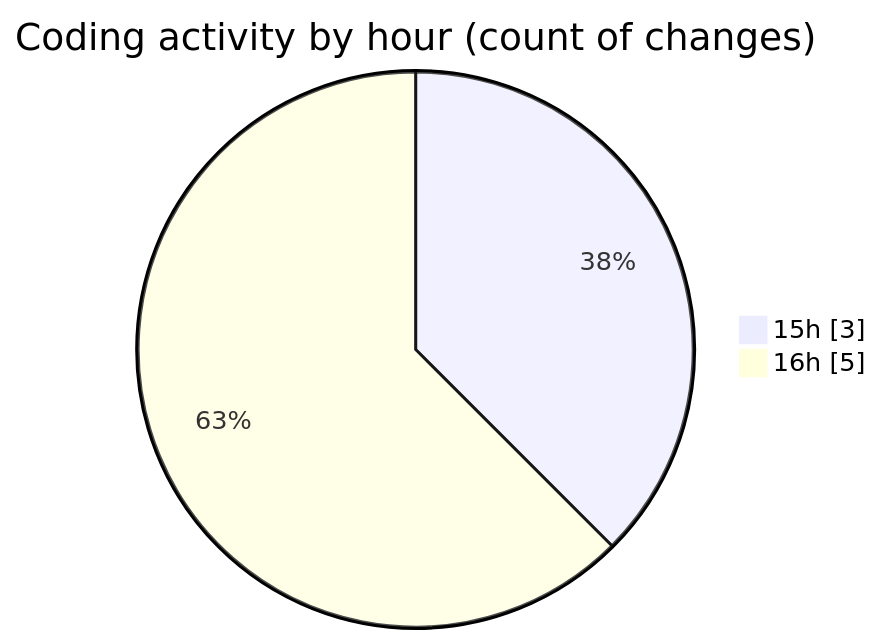
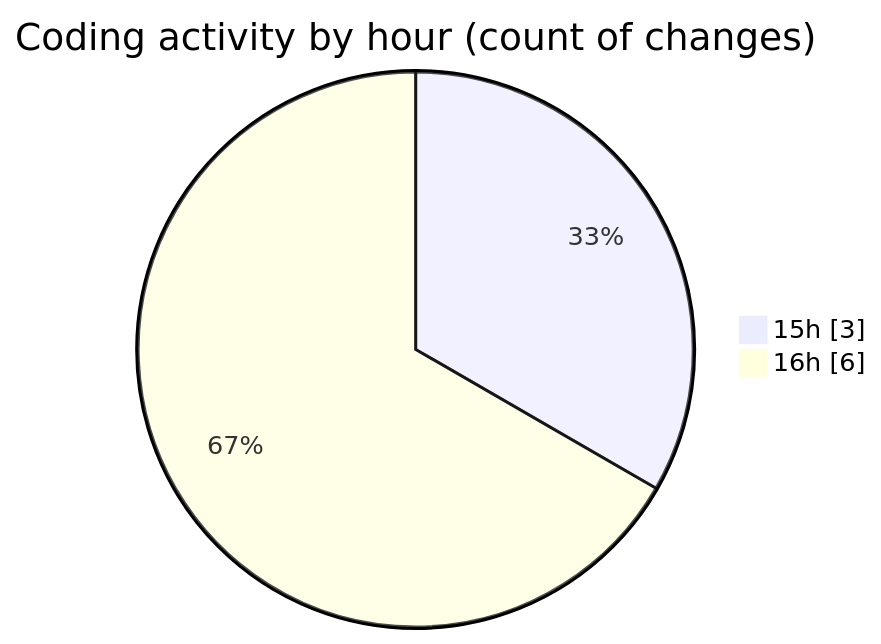
The second of 2 diagrams in 2025-09-25/jmb-limit-daily-sales/README.md (debugP/code-tracking), drawn with Mermaid before and after one commit. The commit also changed other lines of this file and 1 other file, not shown here.

````diff
--- a/2025-09-25/jmb-limit-daily-sales/README.md
+++ b/2025-09-25/jmb-limit-daily-sales/README.md
@@ -28,6 +29,6 @@
 ```mermaid
 pie showData
 title Coding activity by hour (count of changes)
 "15h" : 3
-"16h" : 5
+"16h" : 6
 ```
````
